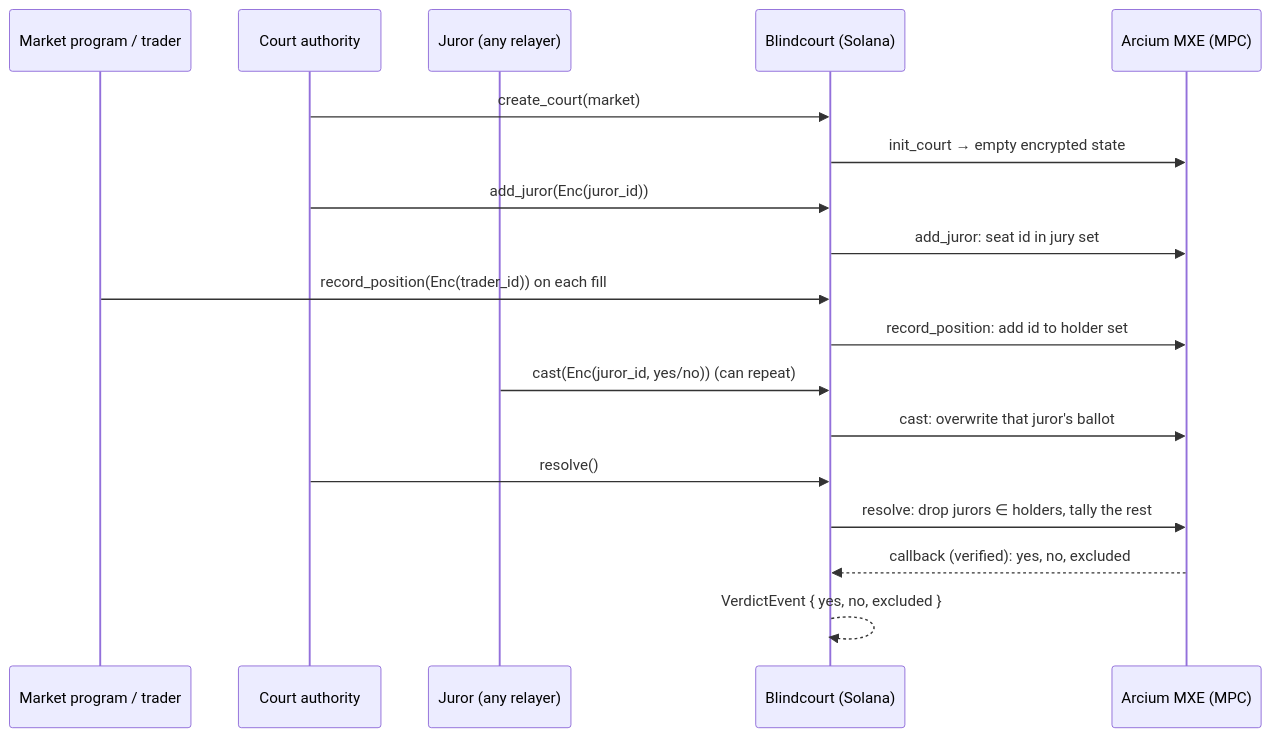
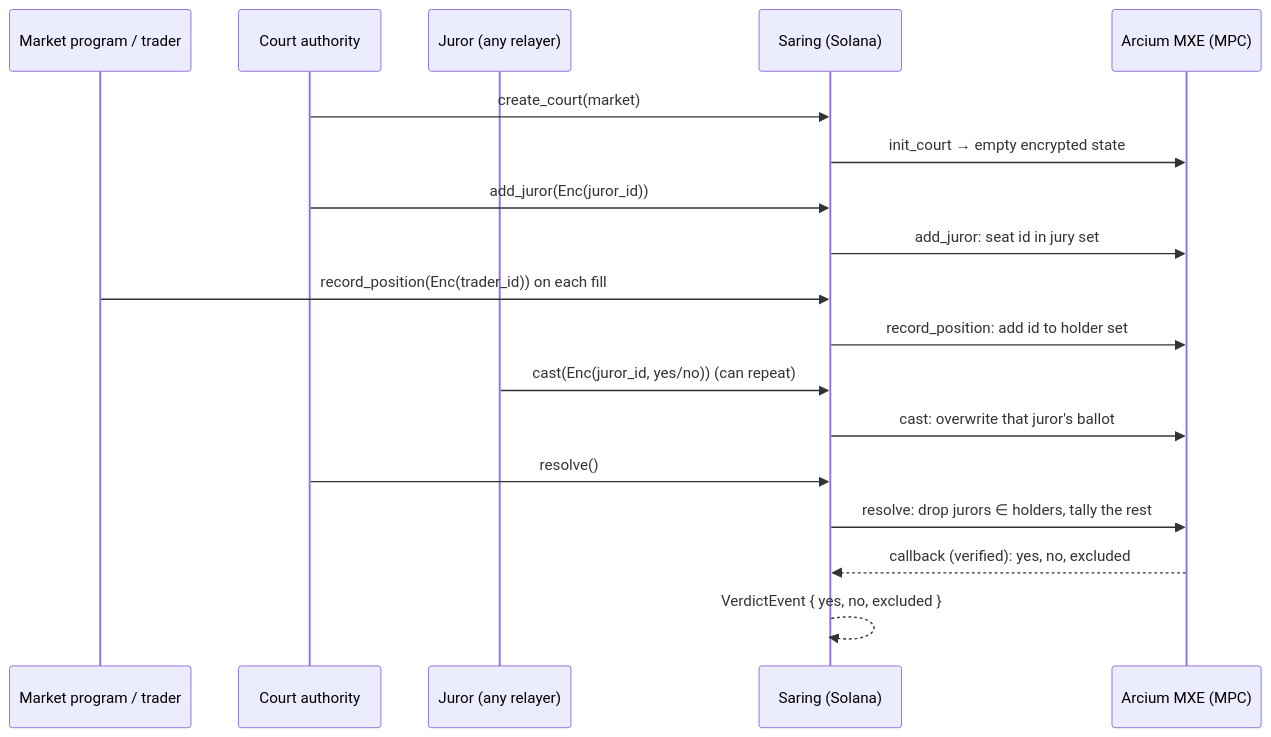
Before and after one commit to PugarHuda/saring: the diagram in README.md, drawn with Mermaid. The commit also changed other lines of this file and 8 other files, not shown here.

````diff
--- a/README.md
+++ b/README.md
@@ -30,21 +30,21 @@
 ```mermaid
 sequenceDiagram
     participant M as Market program / trader
     participant A as Court authority
     participant J as Juror (any relayer)
-    participant P as Blindcourt (Solana)
+    participant P as Saring (Solana)
     participant X as Arcium MXE (MPC)
 
     A->>P: create_court(market)
     P->>X: init_court → empty encrypted state
     A->>P: add_juror(Enc(juror_id))
     P->>X: add_juror: seat id in jury set
     M->>P: record_position(Enc(trader_id)) on each fill
     P->>X: record_position: add id to holder set
     J->>P: cast(Enc(juror_id, yes/no))  (can repeat)
     P->>X: cast: overwrite that juror's ballot
     A->>P: resolve()
     P->>X: resolve: drop jurors ∈ holders, tally the rest
     X-->>P: callback (verified): yes, no, excluded
     P-->>P: VerdictEvent { yes, no, excluded }
 ```
````
